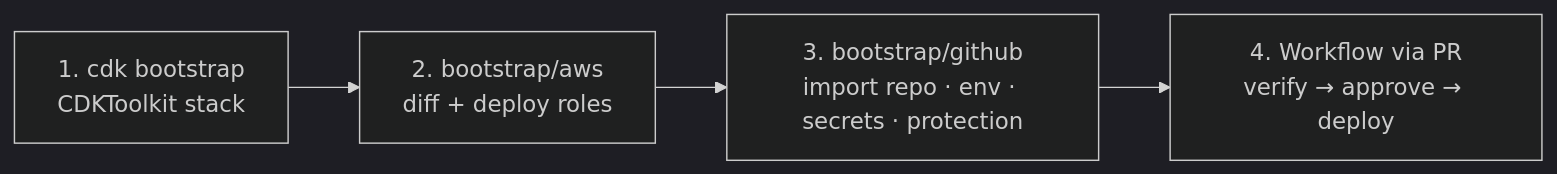
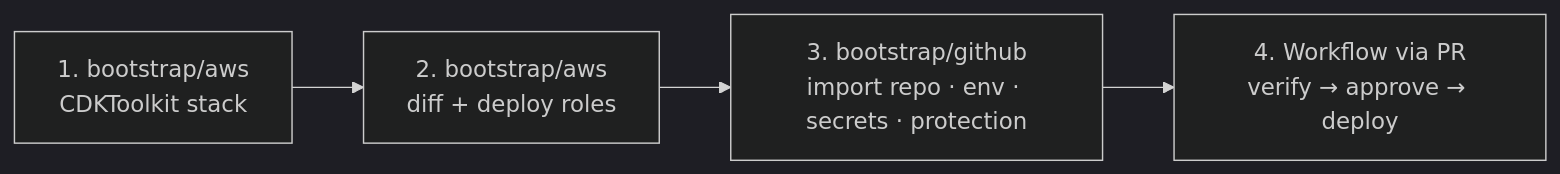
The fifth of 5 diagrams in docs/409-github-cloud-oidc-gitops.md (bar2sek/personal-technology), drawn with Mermaid (dark theme) before and after one commit. The commit also changed other lines of this file and 3 other files, not shown here.

Commit message:
feat(bootstrap/aws): manage CDKToolkit stack in Terraform (import + v32 template)

````diff
--- a/docs/409-github-cloud-oidc-gitops.md
+++ b/docs/409-github-cloud-oidc-gitops.md
@@ -324,6 +356,6 @@
 ```mermaid
 graph LR
-  A[1. cdk bootstrap<br/>CDKToolkit stack] --> B[2. bootstrap/aws<br/>diff + deploy roles]
+  A[1. bootstrap/aws<br/>CDKToolkit stack] --> B[2. bootstrap/aws<br/>diff + deploy roles]
   B --> C[3. bootstrap/github<br/>import repo · env · secrets · protection]
   C --> D[4. Workflow via PR<br/>verify → approve → deploy]
 ```
````
